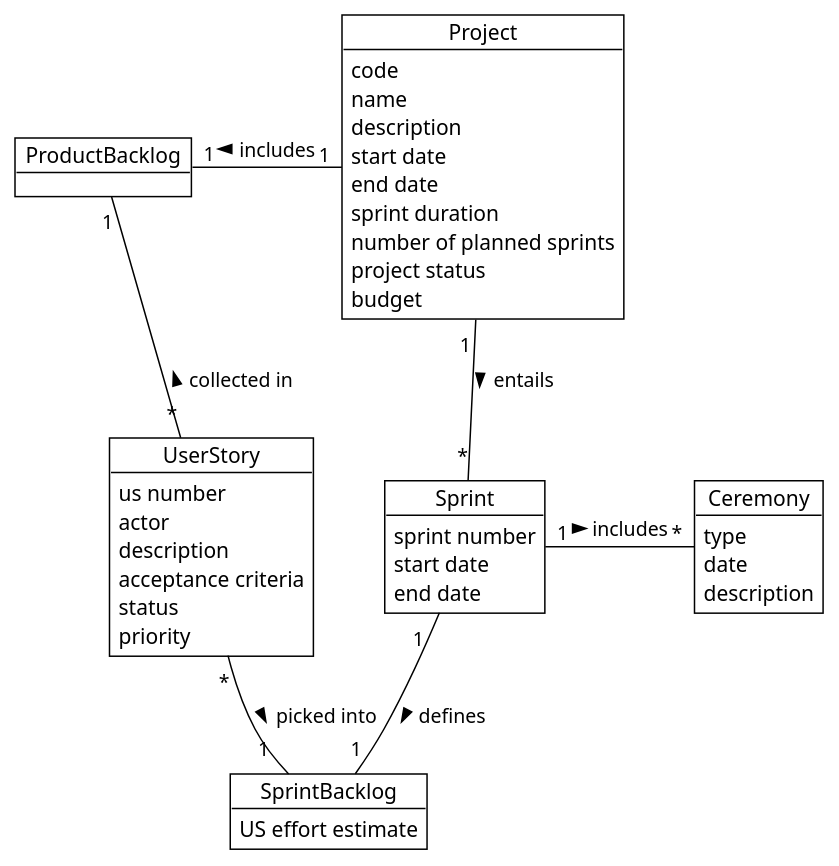
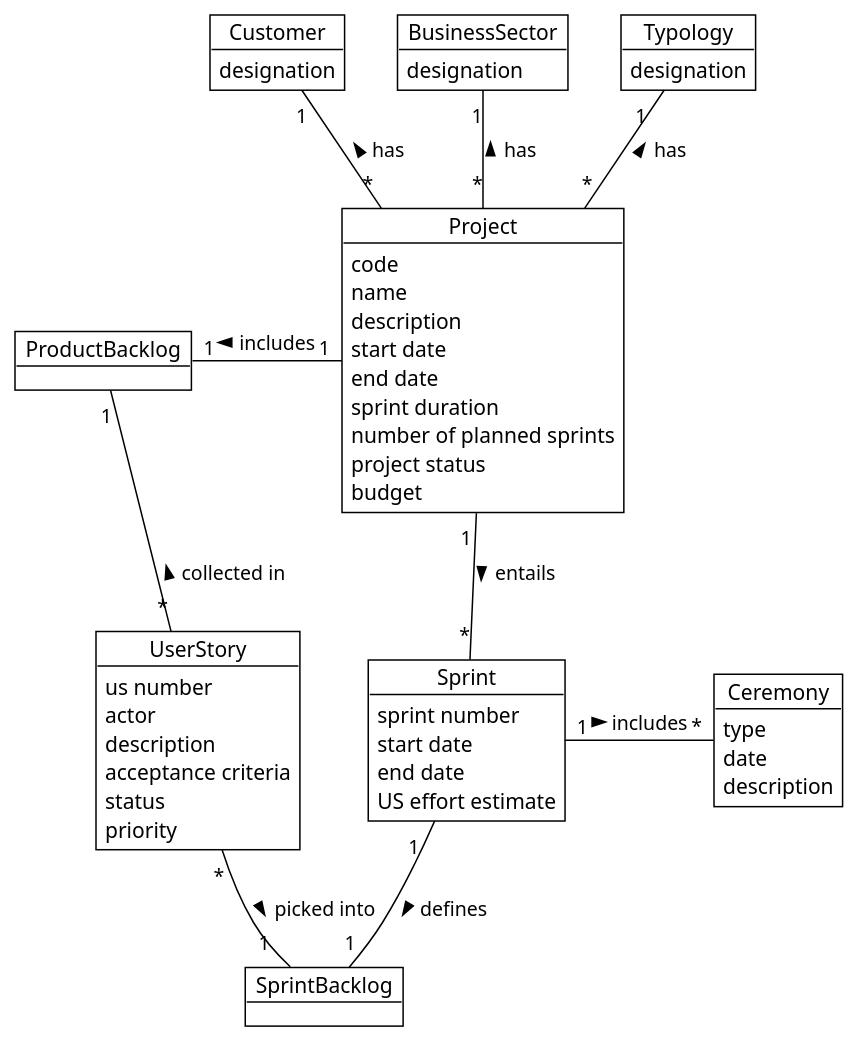
The diagram in docs/modelling_design/user_stories/us020/US020_AddUserStoryToSprintBacklogDMD.puml (ivo-menezes/project_g3), drawn with PlantUML before and after one commit. The commit also changed 2 other files, not shown here.

```diff
--- a/docs/modelling_design/user_stories/us020/US020_AddUserStoryToSprintBacklogDMD.puml
+++ b/docs/modelling_design/user_stories/us020/US020_AddUserStoryToSprintBacklogDMD.puml
@@ -1,53 +1,68 @@
  @startuml
 !theme plain
 
 'skinparam linetype polyline
 
 Object Project {
 code
 name
 description
 start date
 end date
 sprint duration
 number of planned sprints
 project status
 budget
 }
 
+Object Typology {
+designation
+}
+
+Object BusinessSector {
+designation
+}
+
+Object Customer {
+designation
+}
+
 Object "ProductBacklog" as PB
 
 Object "UserStory" as US {
 us number
 actor
 description
 acceptance criteria
 status
 priority
 }
 
 Object Sprint {
 sprint number
 start date
 end date
+US effort estimate
 }
 
 Object Ceremony {
 type
 date
 description
 }
 
 Object "SprintBacklog" as SB {
-US effort estimate
 }
 
+Project "*" -up- "                      1" Typology : has >
+Project "*" -up- "1" BusinessSector: has >
+Project "*" -up- "1" Customer: has >
 Project "1 " -down- "*" Sprint: entails >
 Project "1" -left- "1" PB: includes >
 PB "1" -down- "*" US: collected in <
 Sprint "1  " -- "1" SB: defines >
 Sprint "1" -right- "*" Ceremony: includes >
 US "*" -- "              1" SB: picked into >
 
 
 @enduml
```
